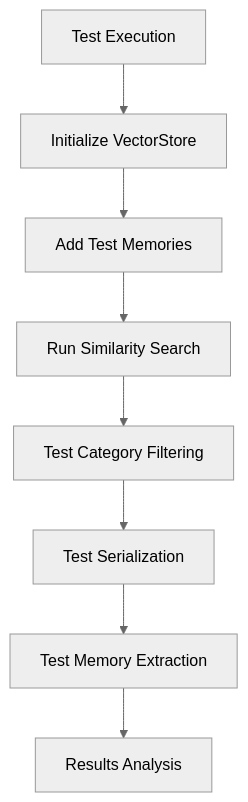
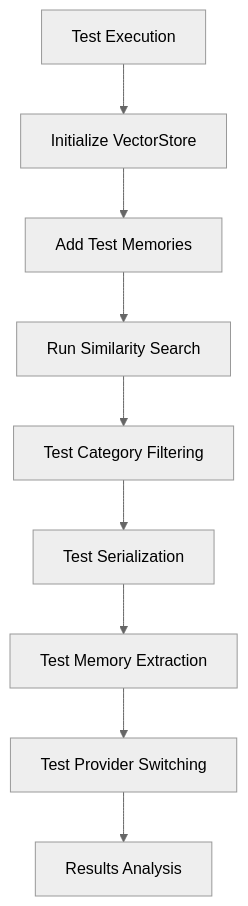
The seventh of 7 diagrams in .qoder/repowiki/en/content/Memory Management System/Vector Store Class.md (liwonder/NARRITIVE_OS), drawn with Mermaid (neutral theme) before and after one commit. The commit also changed other lines of this file and 12 other files, not shown here.

````diff
--- a/.qoder/repowiki/en/content/Memory Management System/Vector Store Class.md
+++ b/.qoder/repowiki/en/content/Memory Management System/Vector Store Class.md
@@ -358,10 +403,11 @@
 ```mermaid
 flowchart TD
 TestStart[Test Execution] --> InitVector["Initialize VectorStore"]
 InitVector --> AddMemories["Add Test Memories"]
 AddMemories --> SearchTest["Run Similarity Search"]
 SearchTest --> CategoryTest["Test Category Filtering"]
 CategoryTest --> SerializeTest["Test Serialization"]
 SerializeTest --> ExtractTest["Test Memory Extraction"]
-ExtractTest --> Results[Results Analysis]
+ExtractTest --> ProviderTest["Test Provider Switching"]
+ProviderTest --> Results[Results Analysis]
 ```
````
